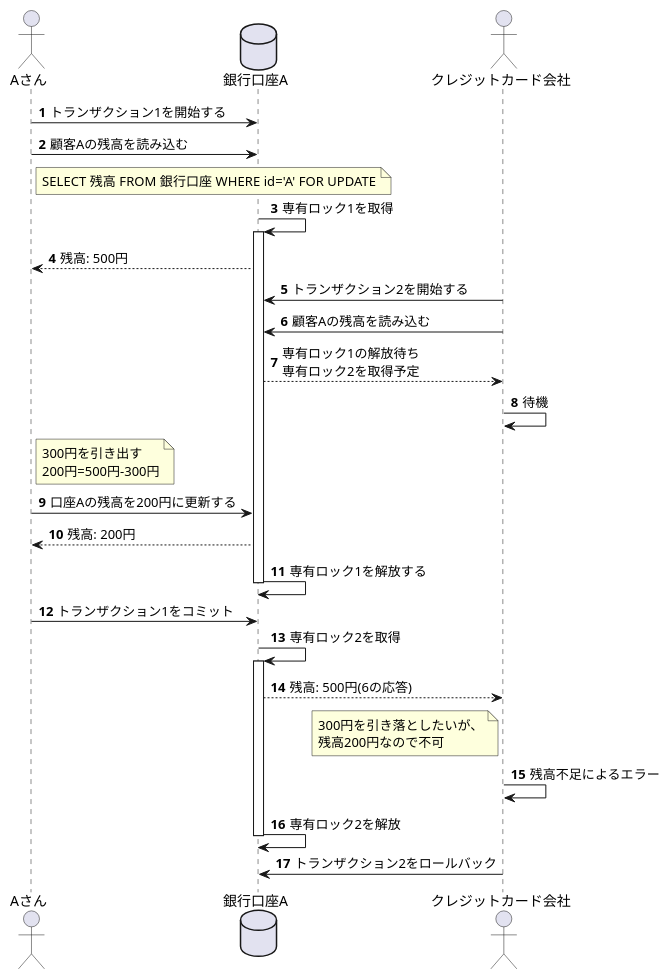
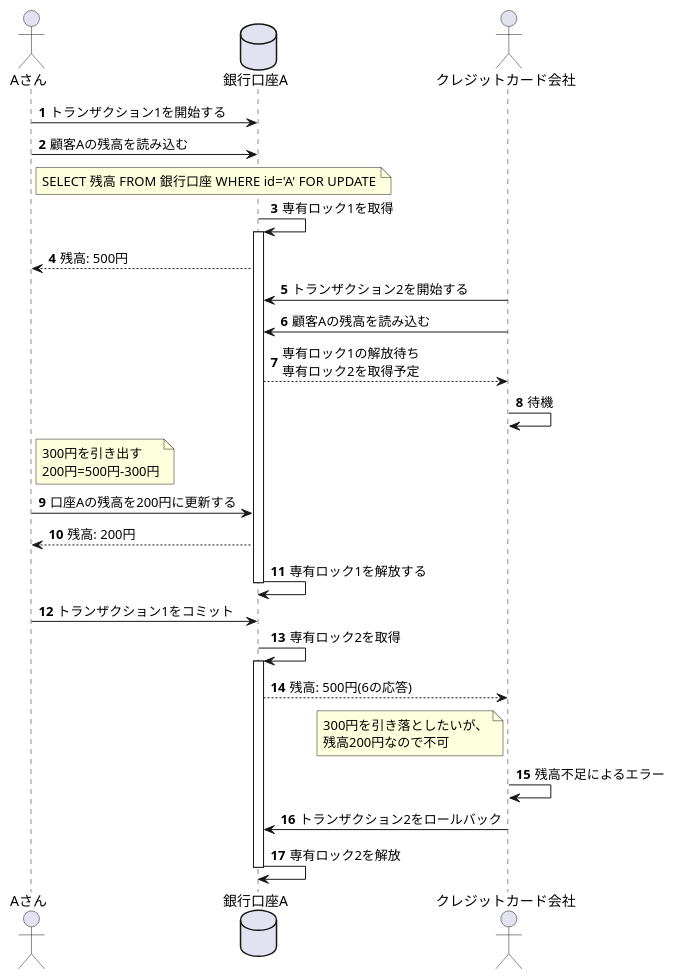
The diagram in src/plantuml/rdb/no-repeatable-read-for-update.md (nekoneko02/zenn), drawn with PlantUML before and after one commit. The commit also changed other lines of this file and 2 other files, not shown here.

````diff
--- a/src/plantuml/rdb/no-repeatable-read-for-update.md
+++ b/src/plantuml/rdb/no-repeatable-read-for-update.md
@@ -6,39 +6,39 @@
 ```plantuml
 @startuml
 actor Aさん as T1
 database 銀行口座A as DB
 actor クレジットカード会社 as T2
 
 autonumber
 
 T1 -> DB: トランザクション1を開始する
 T1 -> DB: 顧客Aの残高を読み込む
 note right of T1
   SELECT 残高 FROM 銀行口座 WHERE id='A' FOR UPDATE
 end note
 DB -> DB++: 専有ロック1を取得
 DB --> T1: 残高: 500円
 T2 -> DB: トランザクション2を開始する
 T2 -> DB: 顧客Aの残高を読み込む
 DB --> T2: 専有ロック1の解放待ち\n専有ロック2を取得予定
 T2 -> T2: 待機
 note right of T1
   300円を引き出す
   200円=500円-300円
 end note
 T1 -> DB: 口座Aの残高を200円に更新する
 DB --> T1: 残高: 200円
 DB -> DB--: 専有ロック1を解放する
 T1 -> DB: トランザクション1をコミット
 DB -> DB++: 専有ロック2を取得
 DB --> T2: 残高: 500円(6の応答)
 note left of T2
   300円を引き落としたいが、
   残高200円なので不可
 end note
 T2 -> T2: 残高不足によるエラー
+T2 -> DB: トランザクション2をロールバック
 DB -> DB--: 専有ロック2を解放
-T2 -> DB: トランザクション2をロールバック
 
 @enduml
 ```
````
